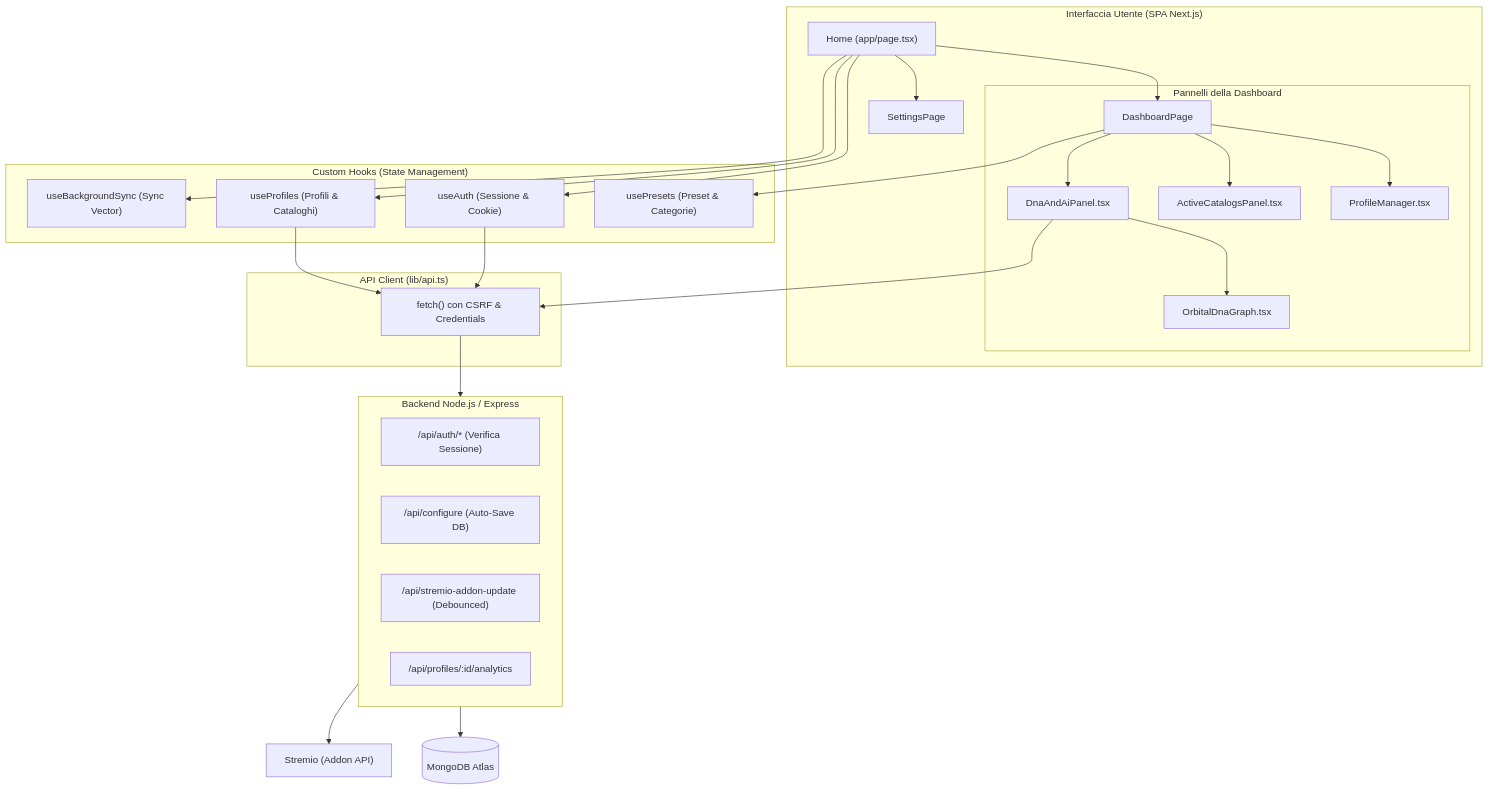
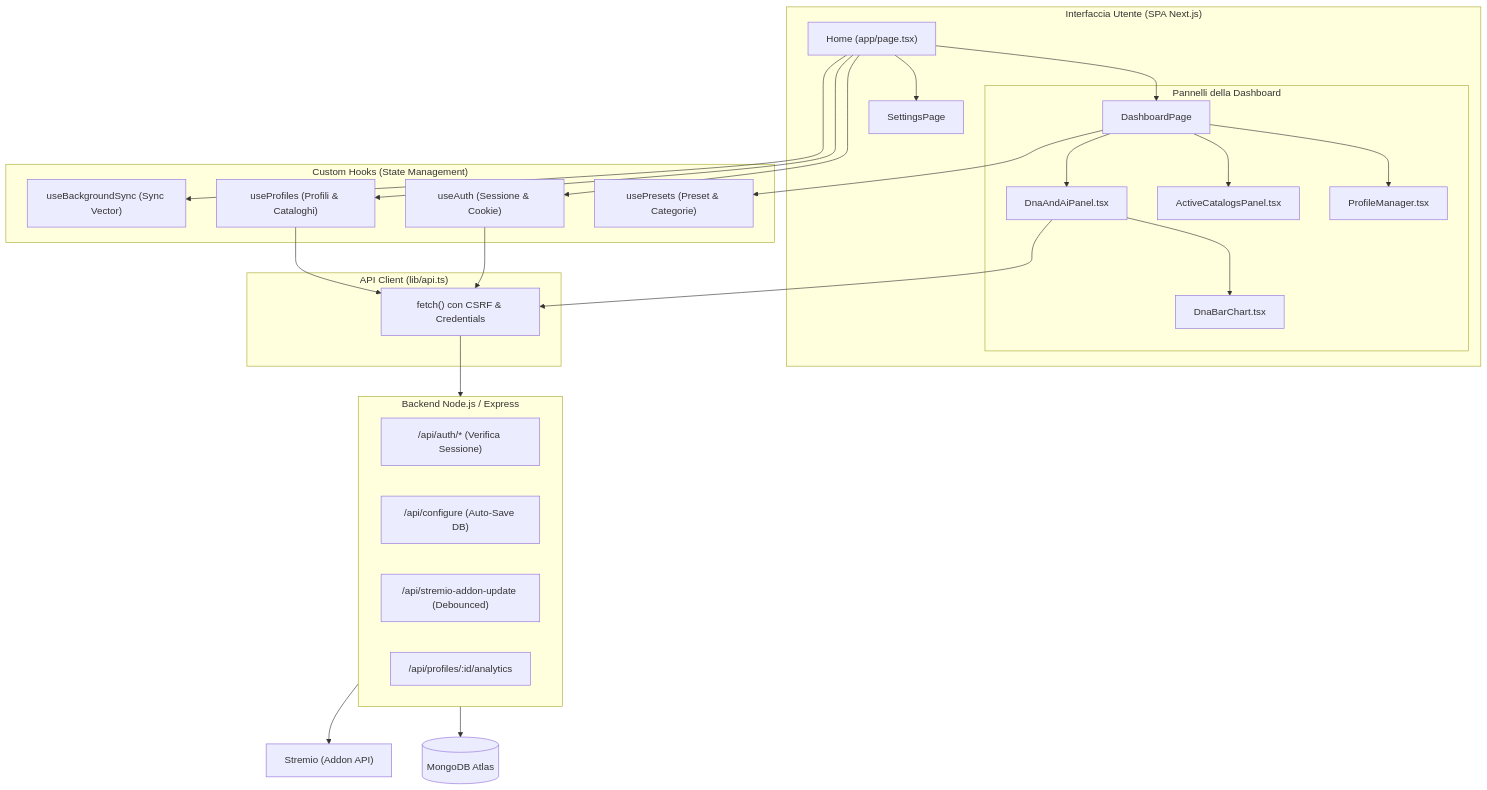
Before and after one commit to gabrielefuoco/YACA: the diagram in docs/FRONTEND.md, drawn with Mermaid. The commit also changed other lines of this file and 4 other files, not shown here.

Commit message:
feat(dashboard): replace OrbitalDnaGraph with responsive grouped DnaBarChart

````diff
--- a/docs/FRONTEND.md
+++ b/docs/FRONTEND.md
@@ -17,55 +17,55 @@
 ```mermaid
 graph TD
     subgraph UI ["Interfaccia Utente (SPA Next.js)"]
         Home["Home (app/page.tsx)"]
         DashPage["DashboardPage"]
         SetPage["SettingsPage"]
         
         Home --> DashPage
         Home --> SetPage
         
         subgraph Dashboard ["Pannelli della Dashboard"]
             PM["ProfileManager.tsx"]
             ACP["ActiveCatalogsPanel.tsx"]
             DAP["DnaAndAiPanel.tsx"]
-            Radar["OrbitalDnaGraph.tsx"]
+            Radar["DnaBarChart.tsx"]
             
             DashPage --> PM
             DashPage --> ACP
             DashPage --> DAP
             DAP --> Radar
         end
     end
 
     subgraph Hooks ["Custom Hooks (State Management)"]
         useAuth["useAuth (Sessione & Cookie)"]
         useProfiles["useProfiles (Profili & Cataloghi)"]
         usePresets["usePresets (Preset & Categorie)"]
         useBgSync["useBackgroundSync (Sync Vector)"]
         
         Home --> useAuth
         Home --> useProfiles
         Home --> useBgSync
         DashPage --> usePresets
     end
 
     subgraph API_Client ["API Client (lib/api.ts)"]
         apiCall["fetch() con CSRF & Credentials"]
     end
 
     subgraph Backend ["Backend Node.js / Express"]
         apiAuth["/api/auth/* (Verifica Sessione)"]
         apiConfig["/api/configure (Auto-Save DB)"]
         apiStremio["/api/stremio-addon-update (Debounced)"]
         apiAnalytics["/api/profiles/:id/analytics"]
     end
 
     useAuth --> apiCall
     useProfiles --> apiCall
     DAP --> apiCall
     
     apiCall --> Backend
     
     Backend --> DB[(MongoDB Atlas)]
     Backend --> Stremio["Stremio (Addon API)"]
 ```
````
